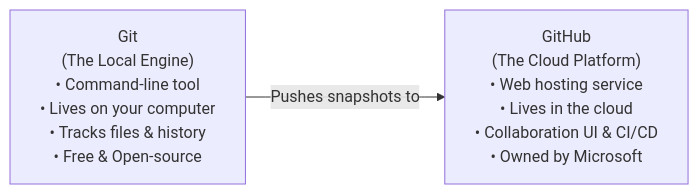
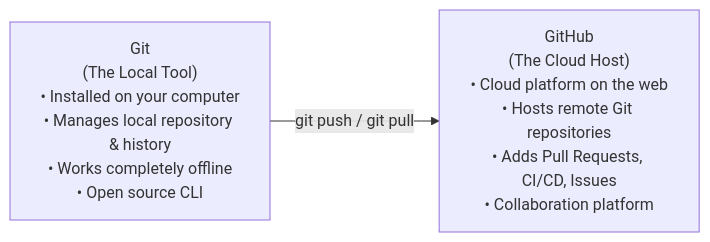
Before and after one commit to ArpitaSHiregoudar/git-reference-hub: the sixth of 6 diagrams in 01-git-fundamentals/01-what-is-version-control.md, drawn with Mermaid. The commit also changed other lines of this file and 1 other file, not shown here.

````diff
--- a/01-git-fundamentals/01-what-is-version-control.md
+++ b/01-git-fundamentals/01-what-is-version-control.md
@@ -260,8 +206,8 @@
 ```mermaid
 flowchart LR
-    Git["Git\n(The Local Engine)\n• Command-line tool\n• Lives on your computer\n• Tracks files & history\n• Free & Open-source"]
+    Git["Git\n(The Local Tool)\n• Installed on your computer\n• Manages local repository & history\n• Works completely offline\n• Open source CLI"] 
     
-    GitHub["GitHub\n(The Cloud Platform)\n• Web hosting service\n• Lives in the cloud\n• Collaboration UI & CI/CD\n• Owned by Microsoft"]
-    
-    Git -->|Pushes snapshots to| GitHub
+    GitHub["GitHub\n(The Cloud Host)\n• Cloud platform on the web\n• Hosts remote Git repositories\n• Adds Pull Requests, CI/CD, Issues\n• Collaboration platform"]
+
+    Git -->|"git push / git pull"| GitHub
 ```
````
